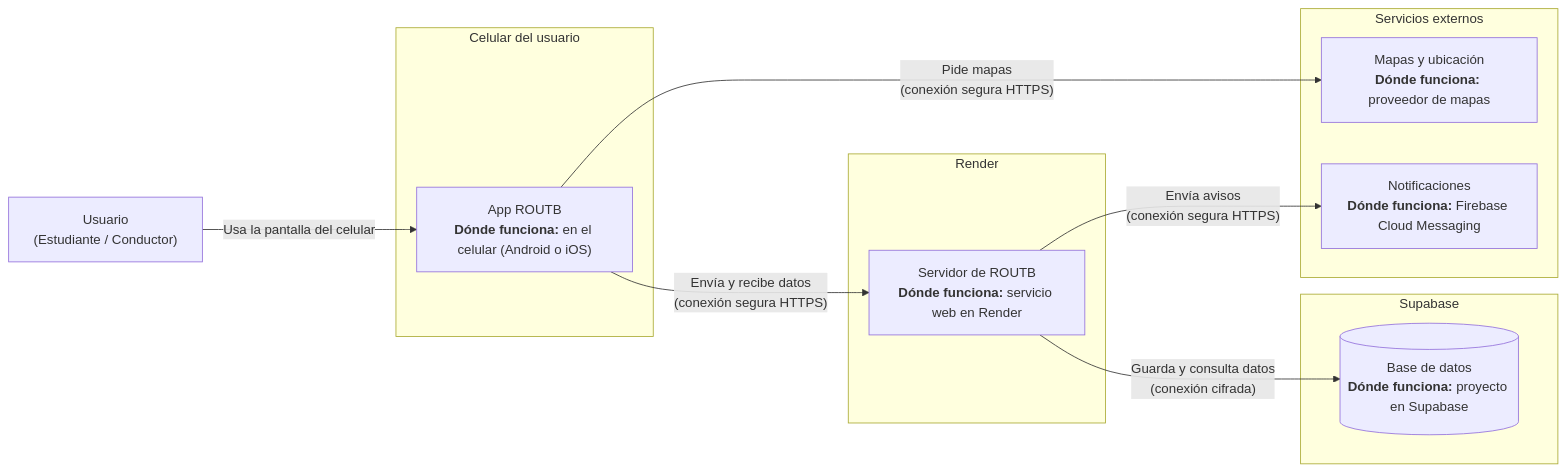
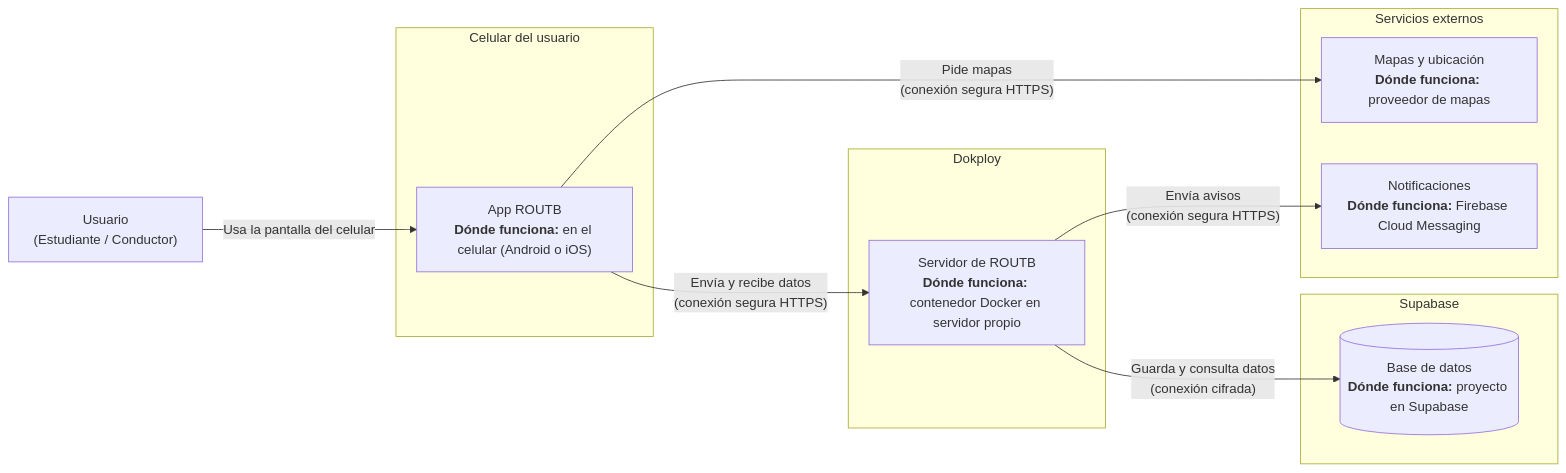
One commit to ISCOUTB/AS_202620_ROUTB changed the first of 2 diagrams in docs/arc42/07_vista_de_despliegue.md. Above: the diagram before and after it, drawn with Mermaid. The commit also changed other lines of this file and 97 other files, not shown here.

````diff
--- a/docs/arc42/07_vista_de_despliegue.md
+++ b/docs/arc42/07_vista_de_despliegue.md
@@ -11,27 +11,27 @@
 ```mermaid
 flowchart LR
     U["Usuario<br/>(Estudiante / Conductor)"]
  
     subgraph CLIENT["Celular del usuario"]
         APP["App ROUTB<br/><b>Dónde funciona:</b> en el celular (Android o iOS)"]
     end
  
-    subgraph CLOUD_RENDER["Render"]
-        API["Servidor de ROUTB<br/><b>Dónde funciona:</b> servicio web en Render"]
+    subgraph CLOUD_DOKPLOY["Dokploy"]
+        API["Servidor de ROUTB<br/><b>Dónde funciona:</b> contenedor Docker en servidor propio"]
     end
  
     subgraph CLOUD_SUPABASE["Supabase"]
         DB[("Base de datos<br/><b>Dónde funciona:</b> proyecto en Supabase")]
     end
  
     subgraph EXTERNAL["Servicios externos"]
         MAP["Mapas y ubicación<br/><b>Dónde funciona:</b> proveedor de mapas"]
         PUSH["Notificaciones<br/><b>Dónde funciona:</b> Firebase Cloud Messaging"]
     end
  
     U -->|"Usa la pantalla del celular"| APP
     APP -->|"Envía y recibe datos<br/>(conexión segura HTTPS)"| API
     APP -->|"Pide mapas<br/>(conexión segura HTTPS)"| MAP
     API -->|"Guarda y consulta datos<br/>(conexión cifrada)"| DB
     API -->|"Envía avisos<br/>(conexión segura HTTPS)"| PUSH
 ```
````
